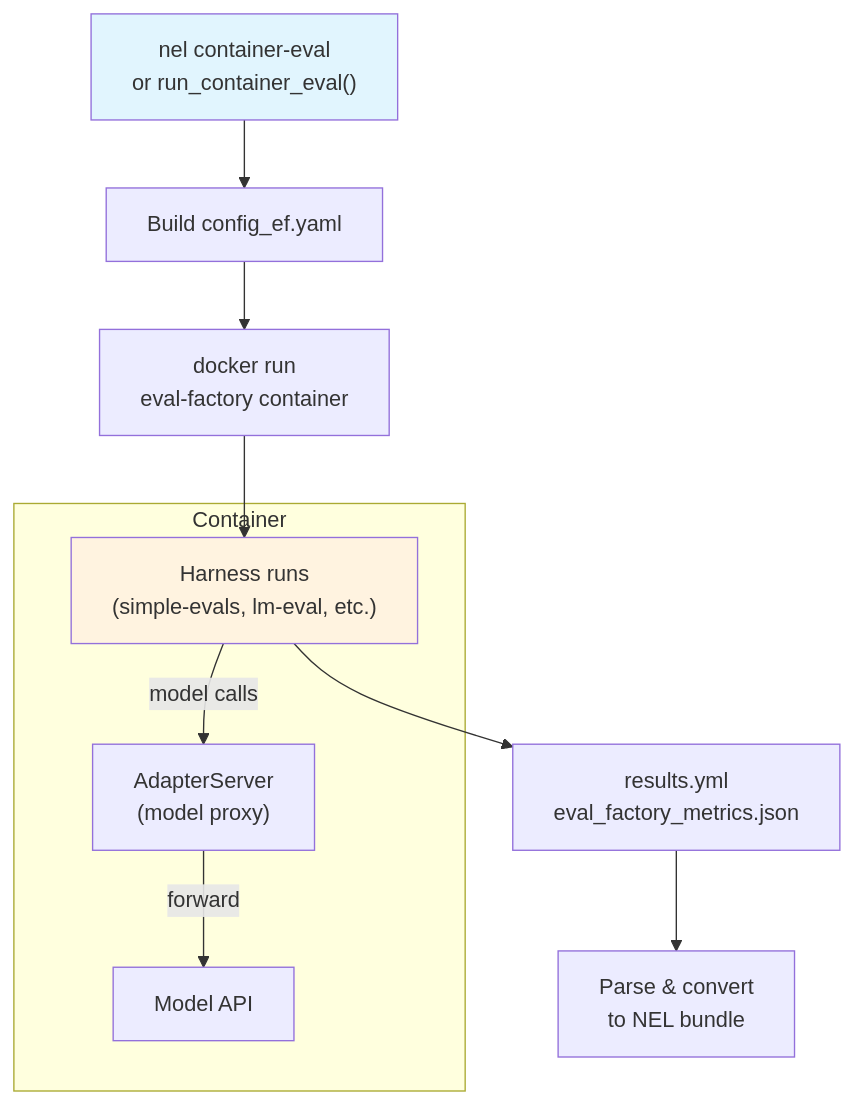
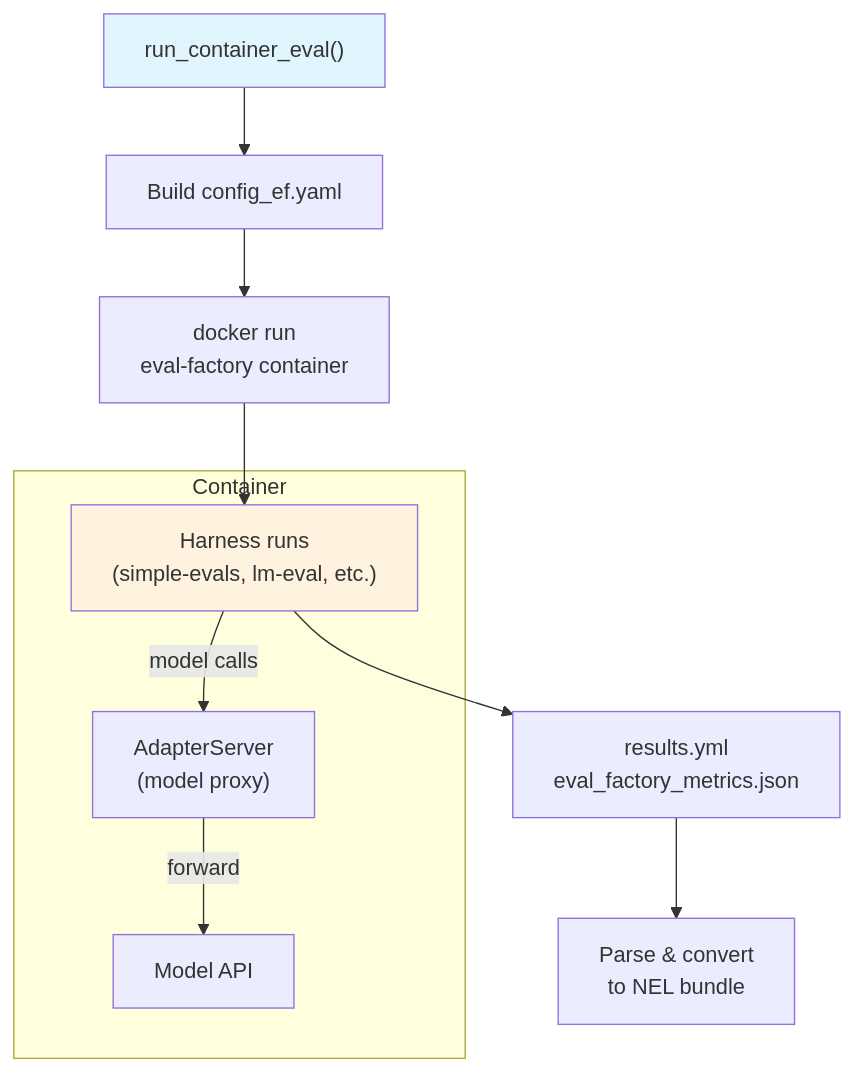
One commit to NVIDIA-NeMo/Evaluator changed the diagram in docs/tutorials/legacy-containers.md. Above: the diagram before and after it, drawn with Mermaid. The commit also changed other lines of this file and 84 other files, not shown here.

````diff
--- a/docs/tutorials/legacy-containers.md
+++ b/docs/tutorials/legacy-containers.md
@@ -7,18 +7,18 @@
 ```{mermaid}
 flowchart TB
-    NEL["nel container-eval<br/>or run_container_eval()"] --> CONFIG["Build config_ef.yaml"]
+    NEL["run_container_eval()"] --> CONFIG["Build config_ef.yaml"]
     CONFIG --> DOCKER["docker run<br/>eval-factory container"]
     DOCKER --> HARNESS["Harness runs<br/>(simple-evals, lm-eval, etc.)"]
     HARNESS --> OUTPUT["results.yml<br/>eval_factory_metrics.json"]
     OUTPUT --> PARSE["Parse & convert<br/>to NEL bundle"]
 
     subgraph "Container"
         HARNESS
         ADAPTER["AdapterServer<br/>(model proxy)"]
         HARNESS -->|model calls| ADAPTER
         ADAPTER -->|forward| MODEL["Model API"]
     end
 
     style NEL fill:#e1f5fe
     style HARNESS fill:#fff3e0
 ```
````
